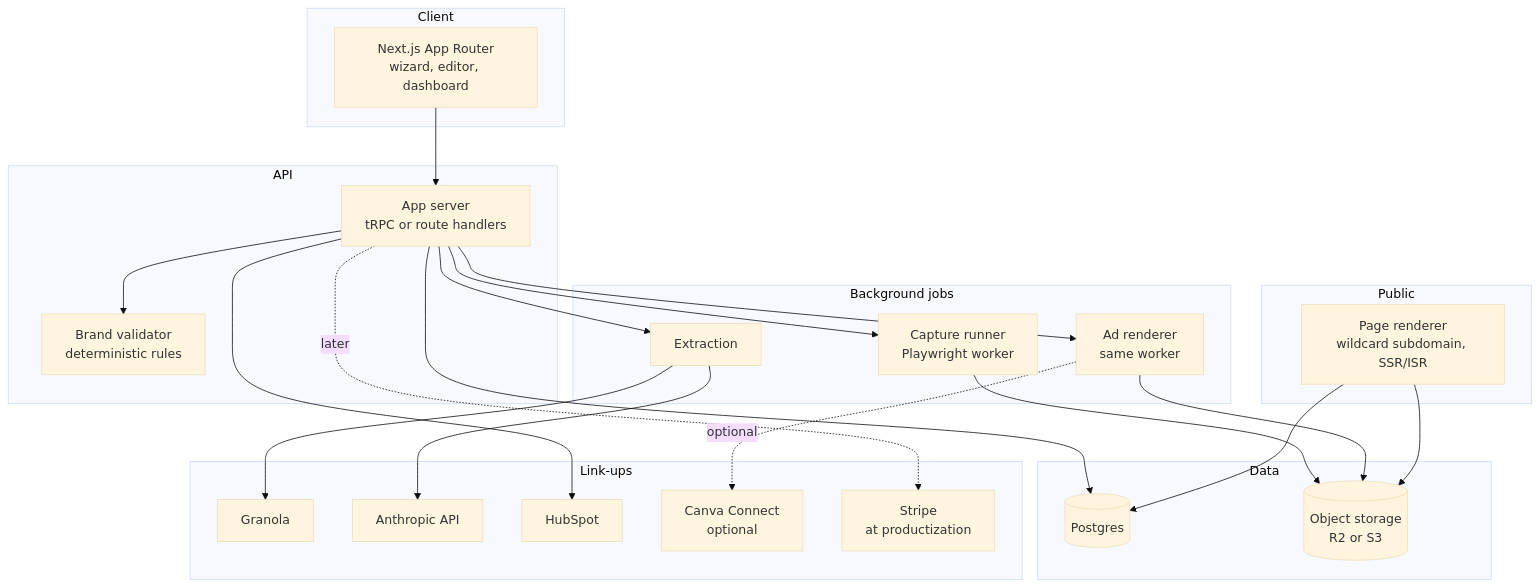
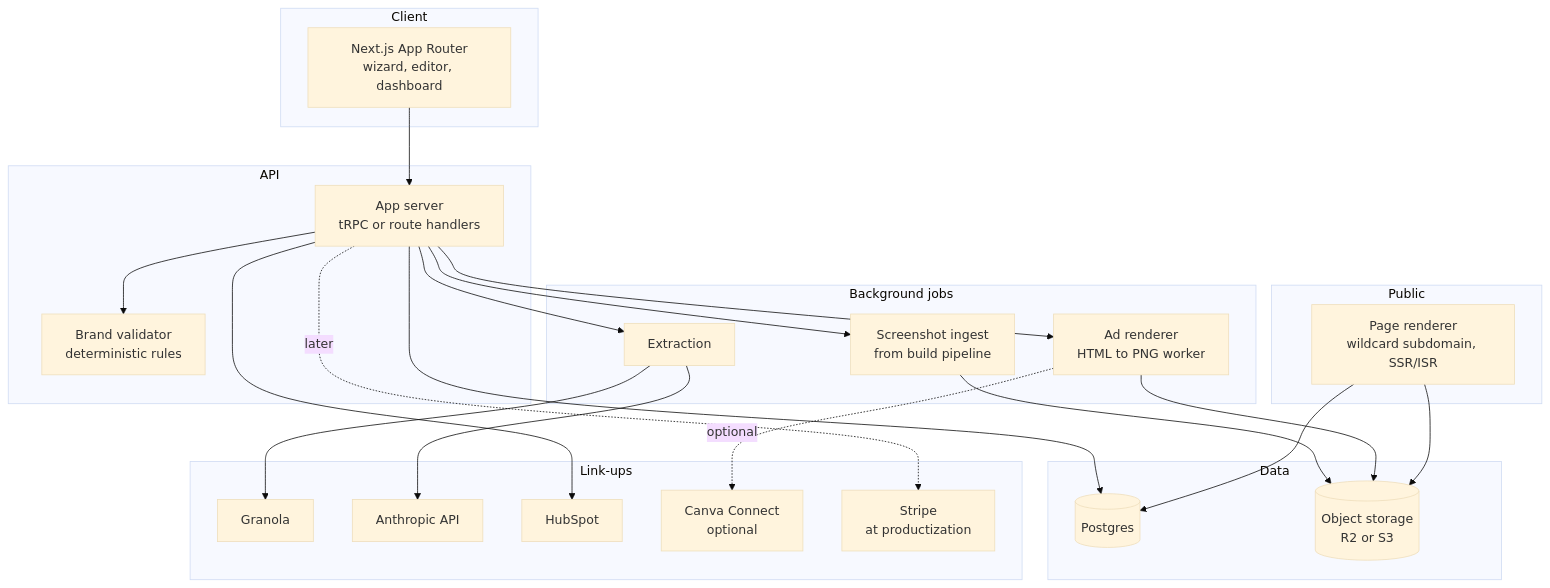
The sixth of 6 diagrams in throughline-plan.md (RDMacker/battleship233), drawn with Mermaid (base theme) before and after one commit. The commit also changed other lines of this file, not shown here.

````diff
--- a/throughline-plan.md
+++ b/throughline-plan.md
@@ -300,43 +432,43 @@
 ```mermaid
 flowchart TB
     subgraph Client
         UI["Next.js App Router<br/>wizard, editor, dashboard"]
     end
     subgraph Public
         REN["Page renderer<br/>wildcard subdomain, SSR/ISR"]
     end
     subgraph API
         APP["App server<br/>tRPC or route handlers"]
         VAL["Brand validator<br/>deterministic rules"]
     end
     subgraph Jobs["Background jobs"]
         EXT["Extraction"]
-        CAP["Capture runner<br/>Playwright worker"]
-        ADG["Ad renderer<br/>same worker"]
+        CAP["Screenshot ingest<br/>from build pipeline"]
+        ADG["Ad renderer<br/>HTML to PNG worker"]
     end
     subgraph Data
         PG[("Postgres")]
         OS[("Object storage<br/>R2 or S3")]
     end
     subgraph Ext["Link-ups"]
         GR["Granola"]
         AN["Anthropic API"]
         HU["HubSpot"]
         CV["Canva Connect<br/>optional"]
         ST["Stripe<br/>at productization"]
     end
 
     UI --> APP
     APP --> VAL
     APP --> PG
     APP --> EXT
     EXT --> AN
     EXT --> GR
     APP --> CAP --> OS
     APP --> ADG --> OS
     ADG -.optional.-> CV
     REN --> PG
     REN --> OS
     APP --> HU
     APP -.later.-> ST
 ```
````
